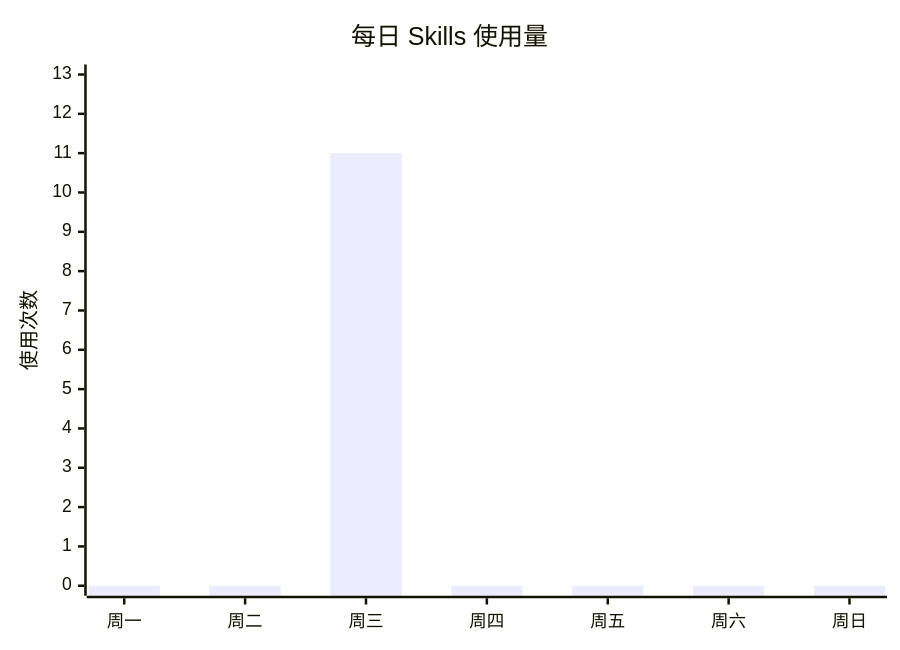
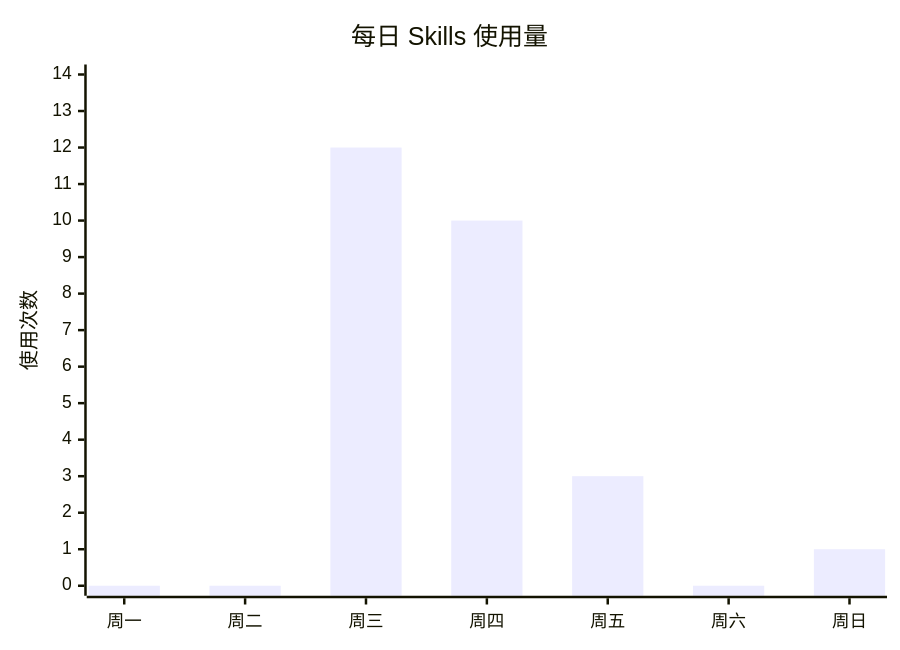
One commit to leoliu20001120/leooo changed the first of 2 diagrams in 10_Work/skills_weekly_reports/Skills周报_W12_2026_0316.md. Above: the diagram before and after it, drawn with Mermaid. The commit also changed other lines of this file and 69 other files, not shown here.

````diff
--- a/10_Work/skills_weekly_reports/Skills周报_W12_2026_0316.md
+++ b/10_Work/skills_weekly_reports/Skills周报_W12_2026_0316.md
@@ -48,7 +48,7 @@
 ```mermaid
 xychart-beta
     title "每日 Skills 使用量"
     x-axis ["周一", "周二", "周三", "周四", "周五", "周六", "周日"]
-    y-axis "使用次数" 0 --> 13
-    bar [0, 0, 11, 0, 0, 0, 0]
+    y-axis "使用次数" 0 --> 14
+    bar [0, 0, 12, 10, 3, 0, 1]
 ```
````
